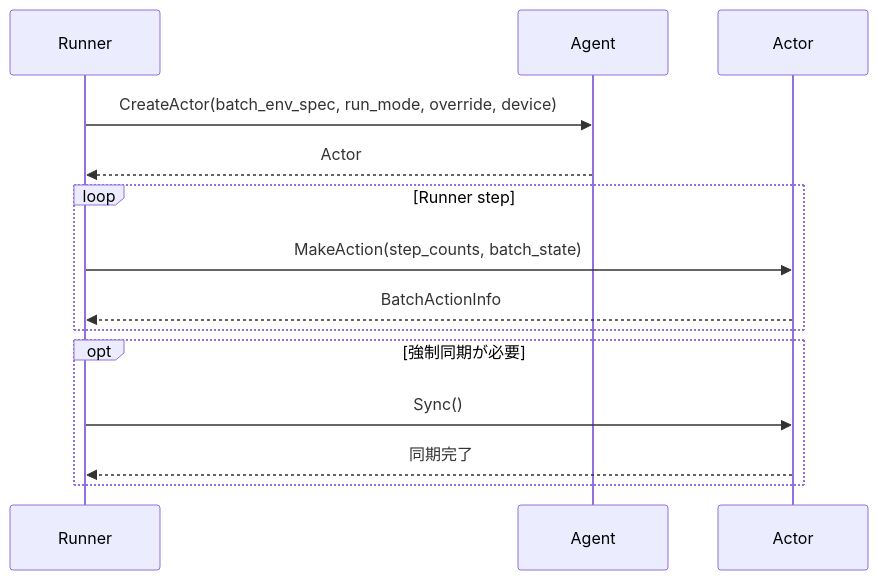
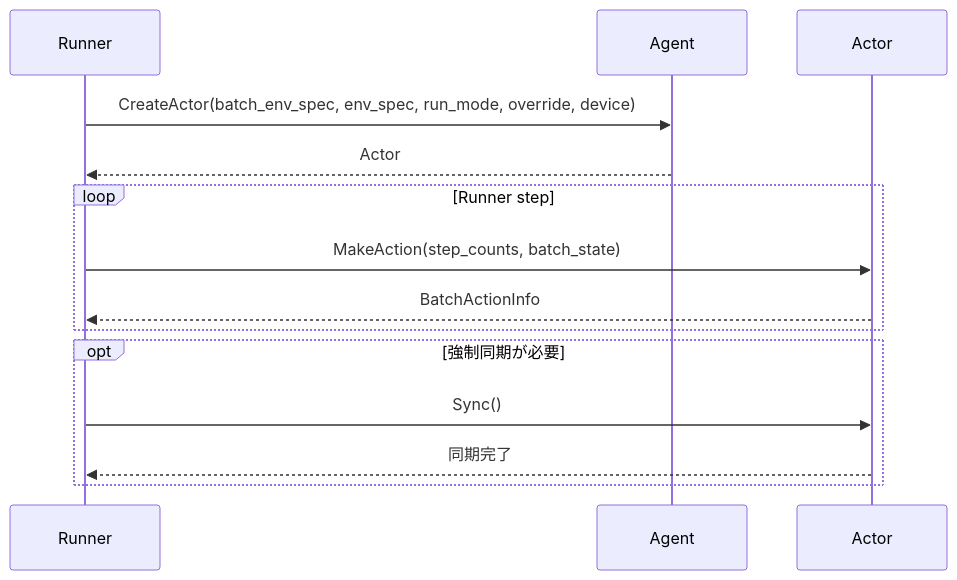
Before and after one commit to kazukin123/anet-lab: the second of 3 diagrams in docs/design/110_agents_and_learning.jp.md, drawn with Mermaid. The commit also changed other lines of this file and 60 other files, not shown here.

````diff
--- a/docs/design/110_agents_and_learning.jp.md
+++ b/docs/design/110_agents_and_learning.jp.md
@@ -134,17 +135,17 @@
 ```mermaid
 sequenceDiagram
     participant R as Runner
     participant G as Agent
     participant A as Actor
 
-    R->>G: CreateActor(batch_env_spec, run_mode, override, device)
+    R->>G: CreateActor(batch_env_spec, env_spec, run_mode, override, device)
     G-->>R: Actor
     loop Runner step
         R->>A: MakeAction(step_counts, batch_state)
         A-->>R: BatchActionInfo
     end
     opt 強制同期が必要
         R->>A: Sync()
         A-->>R: 同期完了
     end
 ```
````
